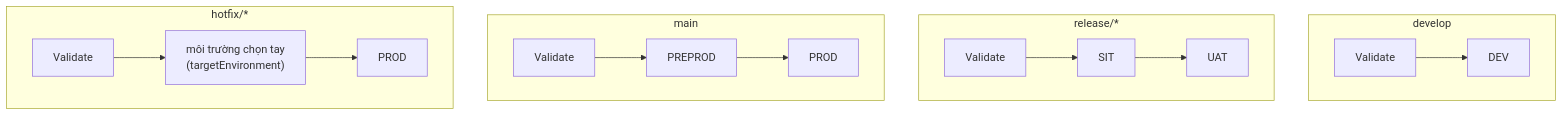
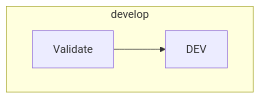
Before and after one commit to qlap04/KRT-run-infra: the second of 2 diagrams in docs/SETUP_vi.md, drawn with Mermaid. The commit also changed other lines of this file and 16 other files, not shown here.

````diff
--- a/docs/SETUP_vi.md
+++ b/docs/SETUP_vi.md
@@ -61,15 +59,6 @@
 ```mermaid
 flowchart TD
   subgraph develop
     D1[Validate] --> D2[DEV]
   end
-  subgraph "release/*"
-    R1[Validate] --> R2[SIT] --> R3[UAT]
-  end
-  subgraph main
-    M1[Validate] --> M2[PREPROD] --> M3[PROD]
-  end
-  subgraph "hotfix/*"
-    H1[Validate] --> H2["môi trường chọn tay<br/>(targetEnvironment)"] --> H3[PROD]
-  end
 ```
````
